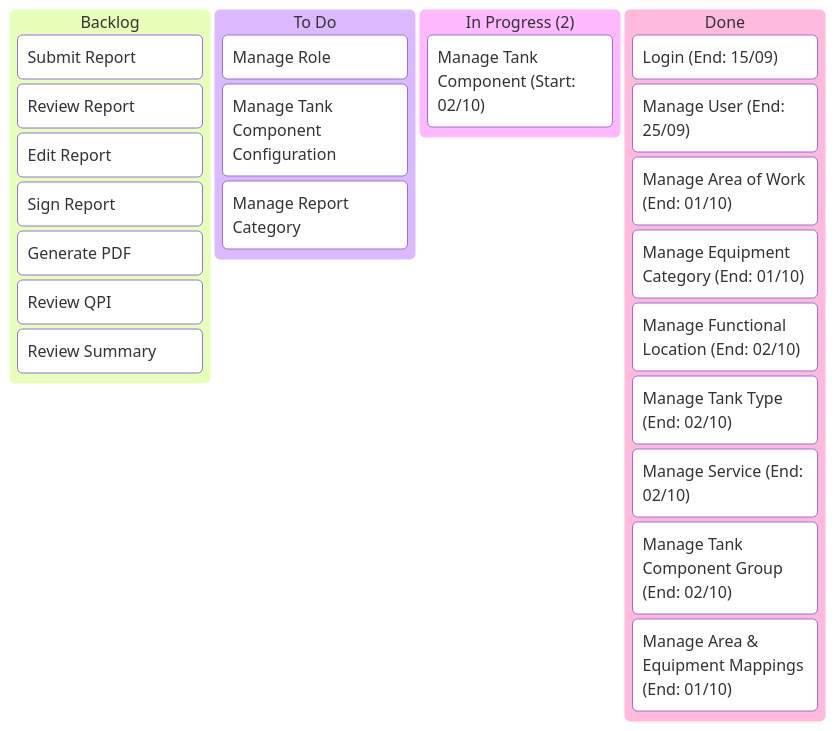
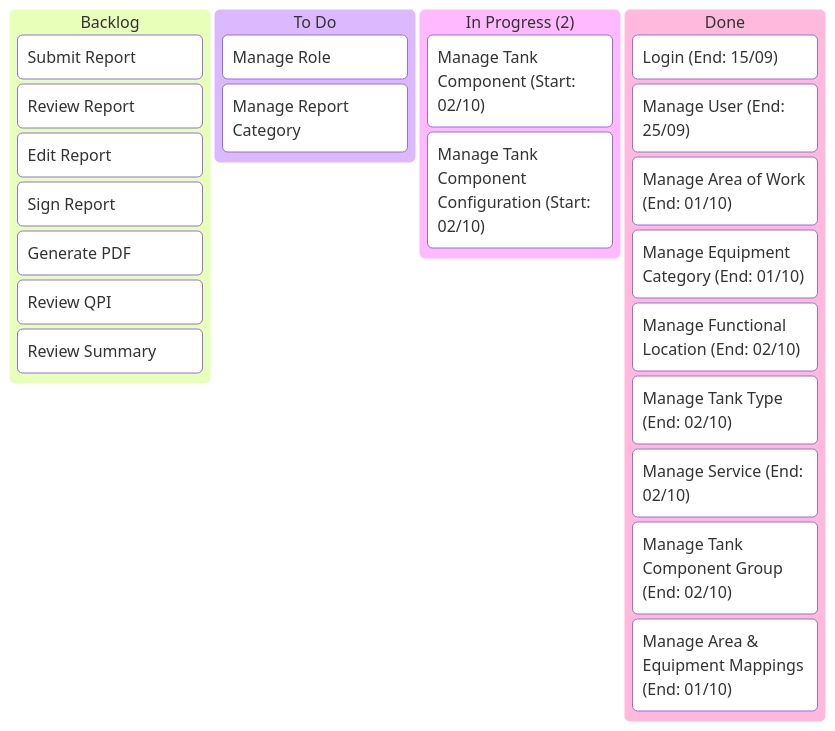
The diagram in Kanban/02-Kanban.md (billdansr/kanban-boc-om), drawn with Mermaid before and after one commit.

Commit message:
vault backup: 2025-10-02 10:08:19
Manage Tank Component Configuration: To Do -> In Progress. Started in 02/10

````diff
--- a/Kanban/02-Kanban.md
+++ b/Kanban/02-Kanban.md
@@ -3,31 +3,31 @@
 ```mermaid
 kanban
   backlog[Backlog]
 	  b2[Submit Report]
 	  b3[Review Report]
 	  b4[Edit Report]
 	  b5[Sign Report]
 	  b6[Generate PDF]
 	  b7[Review QPI]
 	  b8[Review Summary]
 
   todo[To Do]
 	  t10[Manage Role]
 	  
-	  t18[Manage Tank Component Configuration]
 	  t19[Manage Report Category]
 
   inprogress["In Progress (2)"]
 	  i17["Manage Tank Component (Start: 02/10)"]
+	  t18["Manage Tank Component Configuration (Start: 02/10)"]
 
   done[Done]
 	  d1["Login (End: 15/09)"]
 	  d9["Manage User (End: 25/09)"]
 	  d11["Manage Area of Work (End: 01/10)"]
 	  d12["Manage Equipment Category (End: 01/10)"]
 	  d13["Manage Functional Location (End: 02/10)"]
 	  d14["Manage Tank Type (End: 02/10)"]
 	  d15["Manage Service (End: 02/10)"]
 	  d16["Manage Tank Component Group (End: 02/10)"]
 	  d20["Manage Area & Equipment Mappings (End: 01/10)"]
 ```
````
